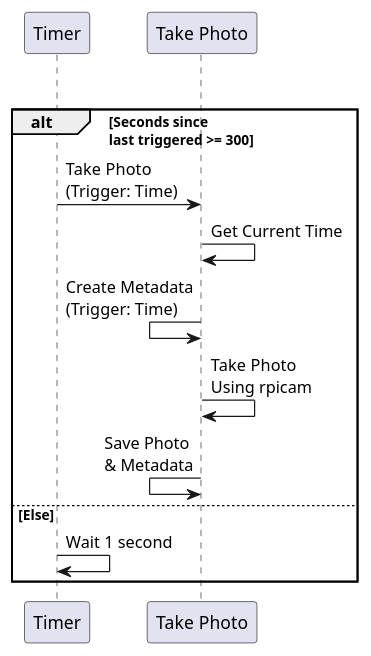
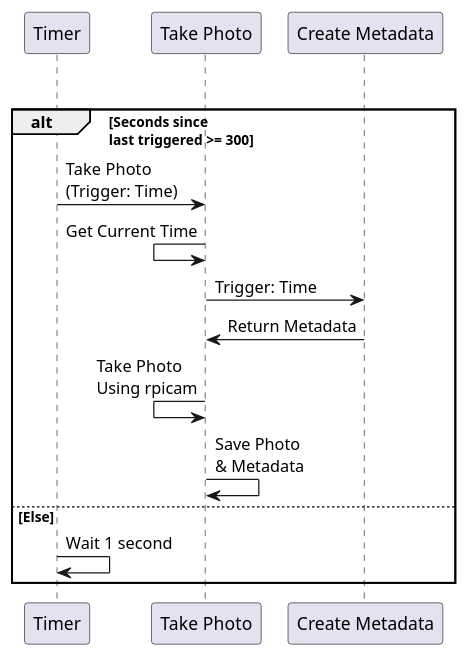
The diagram in diagrams/photo-processes/timed-photo.wsd (AlexanderNorup/emli-wildlife-project), drawn with PlantUML before and after one commit. The commit also changed 1 other file, not shown here.

Commit message:
Adding create metadata participant to diagrams

```diff
--- a/diagrams/photo-processes/timed-photo.wsd
+++ b/diagrams/photo-processes/timed-photo.wsd
@@ -1,16 +1,18 @@
 @startuml
 
   participant "Timer" as rpiTime
   participant "Take Photo" as rpiPhoto
+  participant "Create Metadata" as rpiMeta
 
 loop
   alt Seconds since\nlast triggered >= 300
     rpiTime -> rpiPhoto : Take Photo\n(Trigger: Time)
-    rpiPhoto -> rpiPhoto : Get Current Time
-    rpiPhoto <- rpiPhoto : Create Metadata\n(Trigger: Time)
-    rpiPhoto -> rpiPhoto : Take Photo\nUsing rpicam
-    rpiPhoto <- rpiPhoto : Save Photo\n& Metadata
+    rpiPhoto <- rpiPhoto : Get Current Time
+    rpiPhoto -> rpiMeta : Trigger: Time
+    rpiMeta -> rpiPhoto : Return Metadata
+    rpiPhoto <- rpiPhoto : Take Photo\nUsing rpicam
+    rpiPhoto -> rpiPhoto : Save Photo\n& Metadata
   else Else
     rpiTime -> rpiTime : Wait 1 second
 end
 @enduml
```
